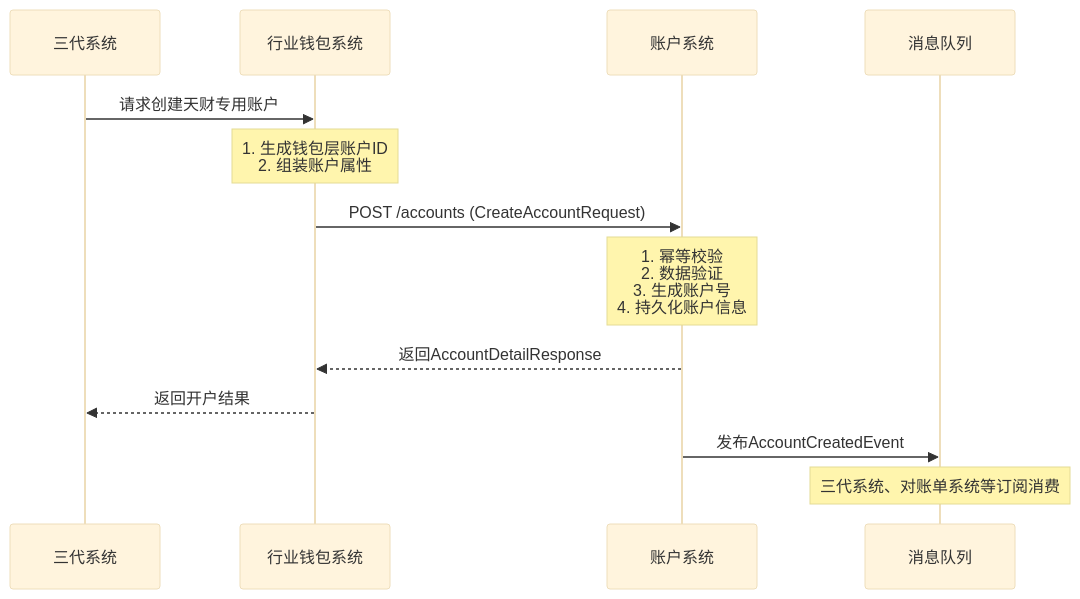
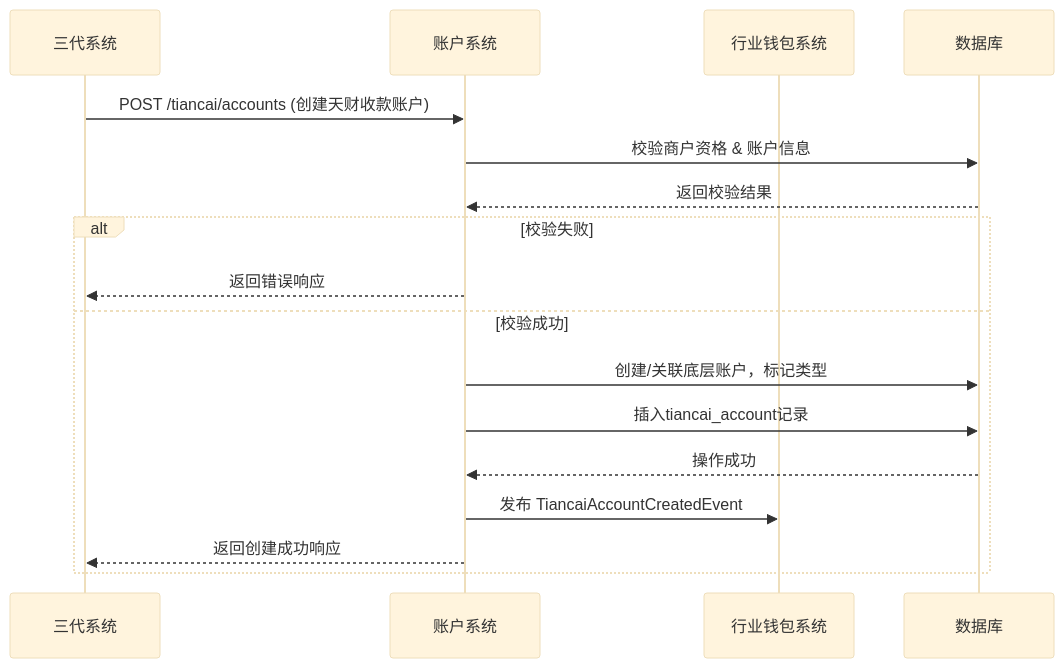
Before and after one commit to youzi211/AiCoding: the sixth of 28 diagrams in data/天财分账需求/gpt-5.2/output/final_design_document.md, drawn with Mermaid (base theme). The commit also changed other lines of this file and 93 other files, not shown here.

````diff
--- a/data/天财分账需求/gpt-5.2/output/final_design_document.md
+++ b/data/天财分账需求/gpt-5.2/output/final_design_document.md
@@ -613,16 +589,20 @@
 ```mermaid
 sequenceDiagram
     participant C as 三代系统
+    participant A as 账户系统
     participant W as 行业钱包系统
-    participant A as 账户系统
-    participant MQ as 消息队列
+    participant DB as 数据库
 
-    C->>W: 请求创建天财专用账户
-    Note over W: 1. 生成钱包层账户ID<br/>2. 组装账户属性
-    W->>A: POST /accounts (CreateAccountRequest)
-    Note over A: 1. 幂等校验<br/>2. 数据验证<br/>3. 生成账户号<br/>4. 持久化账户信息
-    A-->>W: 返回AccountDetailResponse
-    W-->>C: 返回开户结果
-    A->>MQ: 发布AccountCreatedEvent
-    Note over MQ: 三代系统、对账单系统等订阅消费
+    C->>A: POST /tiancai/accounts (创建天财收款账户)
+    A->>DB: 校验商户资格 & 账户信息
+    DB-->>A: 返回校验结果
+    alt 校验失败
+        A-->>C: 返回错误响应
+    else 校验成功
+        A->>DB: 创建/关联底层账户，标记类型
+        A->>DB: 插入tiancai_account记录
+        DB-->>A: 操作成功
+        A->>W: 发布 TiancaiAccountCreatedEvent
+        A-->>C: 返回创建成功响应
+    end
 ```
````
